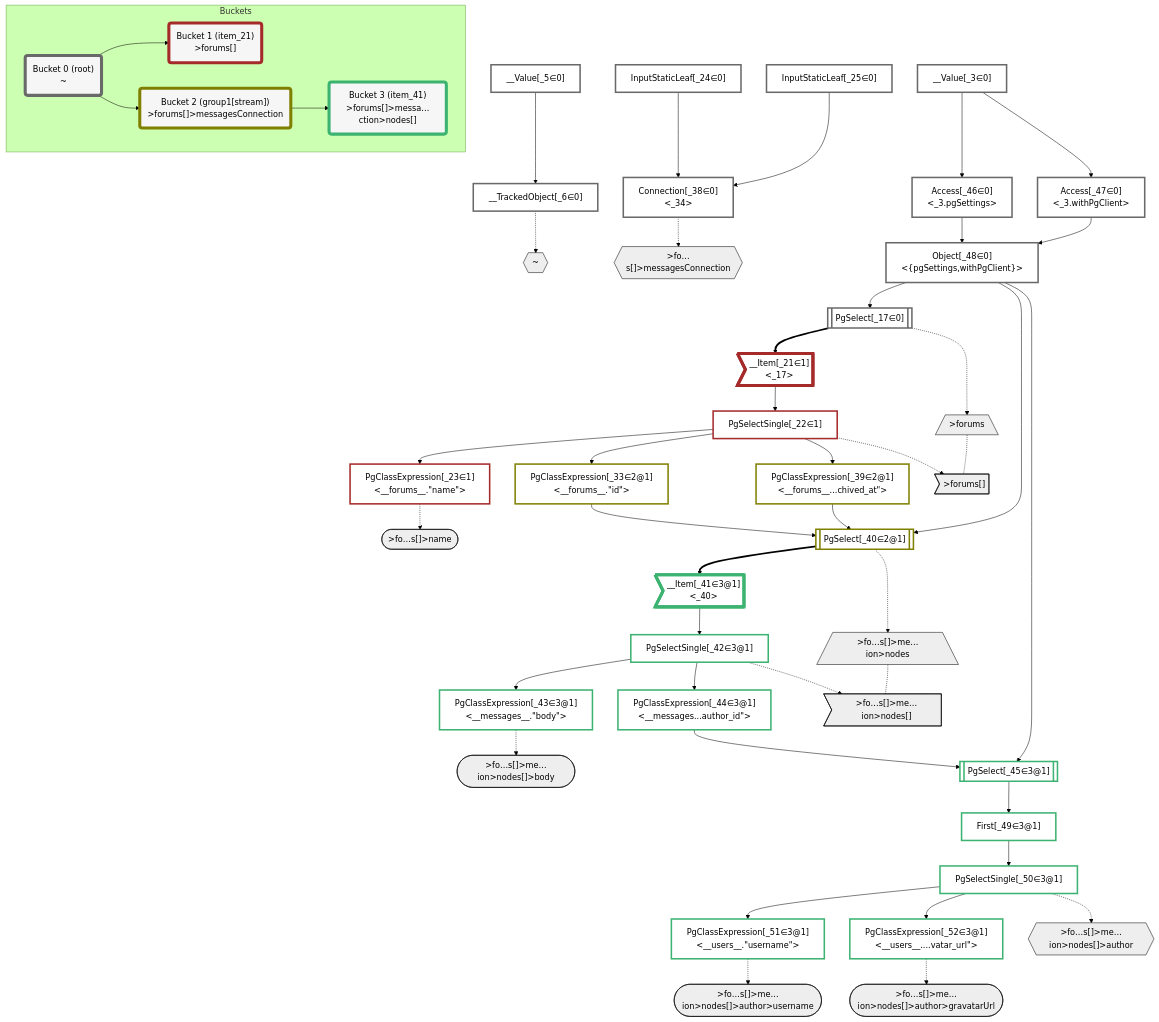
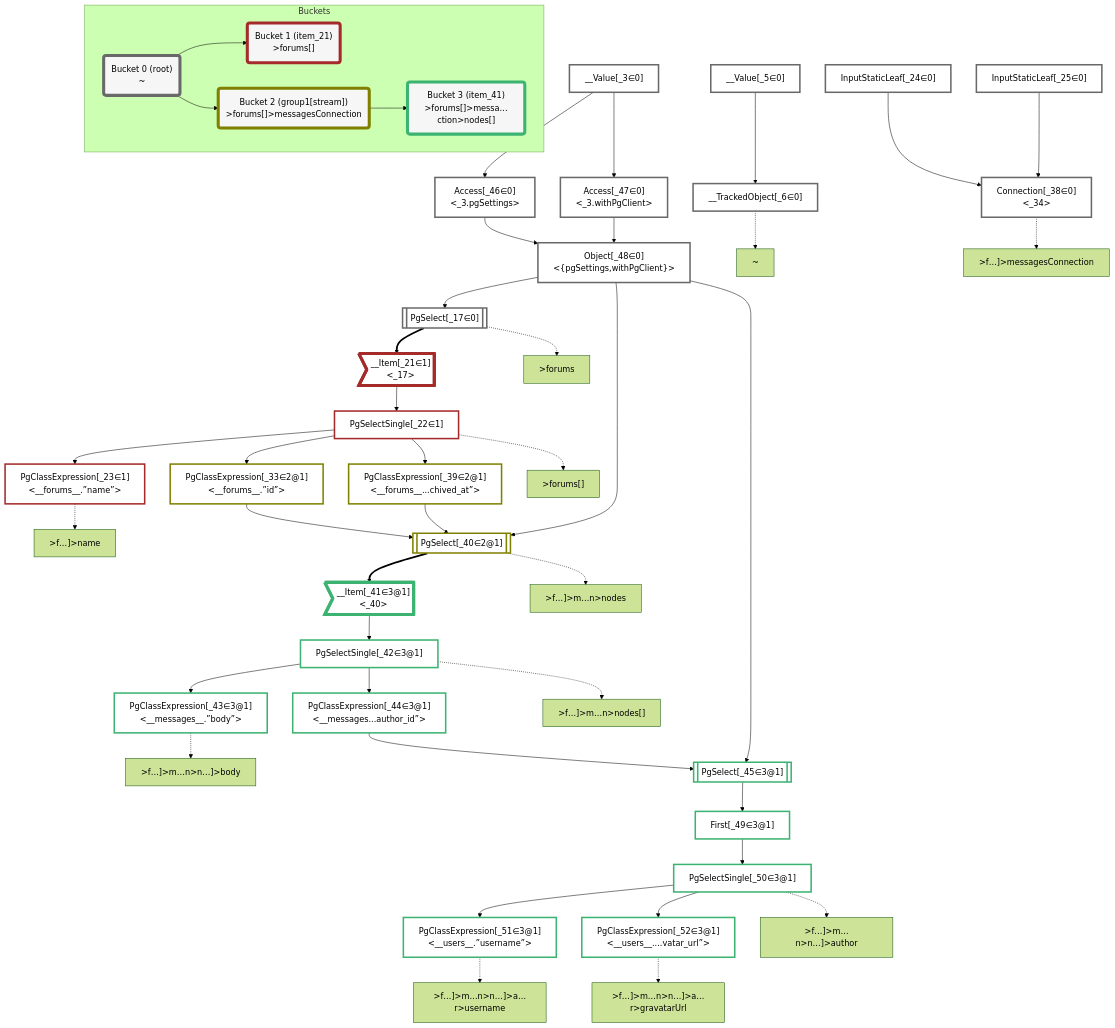
One commit to graphile/crystal changed the diagram in packages/dataplan-pg/__tests__/queries/conditions/archived-forum-inherited-messages.stream-3.deopt.mermaid.md. Above: the diagram before and after it, drawn with Mermaid (forest theme). The commit also changed 195 other files, not shown here.

```diff
--- a/packages/dataplan-pg/__tests__/queries/conditions/archived-forum-inherited-messages.stream-3.deopt.mermaid.md
+++ b/packages/dataplan-pg/__tests__/queries/conditions/archived-forum-inherited-messages.stream-3.deopt.mermaid.md
@@ -6,29 +6,6 @@
     classDef sideeffectplan fill:#f00,stroke-width:6px,color:#000
     classDef bucket fill:#f6f6f6,color:#000,stroke-width:6px
 
-    %% subgraph fields
-    P1{{"~"}}:::path
-    P2[/">forums"\]:::path
-    P3>">forums[]"]:::path
-    P2 -.- P3
-    P4([">fo…s[]>name"]):::path
-    %% P3 -.-> P4
-    P5{{">fo…s[]>messagesConnection"}}:::path
-    P6[/">fo…s[]>me…ion>nodes"\]:::path
-    P7>">fo…s[]>me…ion>nodes[]"]:::path
-    P6 -.- P7
-    P8([">fo…s[]>me…ion>nodes[]>body"]):::path
-    %% P7 -.-> P8
-    P9{{">fo…s[]>me…ion>nodes[]>author"}}:::path
-    P10([">fo…s[]>me…ion>nodes[]>author>username"]):::path
-    %% P9 -.-> P10
-    P11([">fo…s[]>me…ion>nodes[]>author>gravatarUrl"]):::path
-    %% P9 -.-> P11
-    %% P7 -.-> P9
-    %% P5 -.-> P6
-    %% P3 -.-> P5
-    %% P1 -.-> P2
-    %% end
 
     %% define plans
     __Value_3["__Value[_3∈0]<br /><context>"]:::plan
@@ -37,25 +14,25 @@
     PgSelect_17[["PgSelect[_17∈0]<br /><forums>"]]:::plan
     __Item_21>"__Item[_21∈1]<br /><_17>"]:::itemplan
     PgSelectSingle_22["PgSelectSingle[_22∈1]<br /><forums>"]:::plan
-    PgClassExpression_23["PgClassExpression[_23∈1]<br /><__forums__.#quot;name#quot;>"]:::plan
+    PgClassExpression_23["PgClassExpression[_23∈1]<br /><__forums__.”name”>"]:::plan
     InputStaticLeaf_24["InputStaticLeaf[_24∈0]"]:::plan
     InputStaticLeaf_25["InputStaticLeaf[_25∈0]"]:::plan
-    PgClassExpression_33["PgClassExpression[_33∈2@1]<br /><__forums__.#quot;id#quot;>"]:::plan
+    PgClassExpression_33["PgClassExpression[_33∈2@1]<br /><__forums__.”id”>"]:::plan
     Connection_38["Connection[_38∈0]<br /><_34>"]:::plan
-    PgClassExpression_39["PgClassExpression[_39∈2@1]<br /><__forums__...chived_at#quot;>"]:::plan
+    PgClassExpression_39["PgClassExpression[_39∈2@1]<br /><__forums__...chived_at”>"]:::plan
     PgSelect_40[["PgSelect[_40∈2@1]<br /><messages>"]]:::plan
     __Item_41>"__Item[_41∈3@1]<br /><_40>"]:::itemplan
     PgSelectSingle_42["PgSelectSingle[_42∈3@1]<br /><messages>"]:::plan
-    PgClassExpression_43["PgClassExpression[_43∈3@1]<br /><__messages__.#quot;body#quot;>"]:::plan
-    PgClassExpression_44["PgClassExpression[_44∈3@1]<br /><__messages...author_id#quot;>"]:::plan
+    PgClassExpression_43["PgClassExpression[_43∈3@1]<br /><__messages__.”body”>"]:::plan
+    PgClassExpression_44["PgClassExpression[_44∈3@1]<br /><__messages...author_id”>"]:::plan
     PgSelect_45[["PgSelect[_45∈3@1]<br /><users>"]]:::plan
     Access_46["Access[_46∈0]<br /><_3.pgSettings>"]:::plan
     Access_47["Access[_47∈0]<br /><_3.withPgClient>"]:::plan
     Object_48["Object[_48∈0]<br /><{pgSettings,withPgClient}>"]:::plan
     First_49["First[_49∈3@1]"]:::plan
     PgSelectSingle_50["PgSelectSingle[_50∈3@1]<br /><users>"]:::plan
-    PgClassExpression_51["PgClassExpression[_51∈3@1]<br /><__users__.#quot;username#quot;>"]:::plan
-    PgClassExpression_52["PgClassExpression[_52∈3@1]<br /><__users__....vatar_url#quot;>"]:::plan
+    PgClassExpression_51["PgClassExpression[_51∈3@1]<br /><__users__.”username”>"]:::plan
+    PgClassExpression_52["PgClassExpression[_52∈3@1]<br /><__users__....vatar_url”>"]:::plan
 
     %% plan dependencies
     __Value_5 --> __TrackedObject_6
@@ -86,16 +63,27 @@
     PgSelectSingle_50 --> PgClassExpression_52
 
     %% plan-to-path relationships
+    P1["~"]
     __TrackedObject_6 -.-> P1
+    P2[">forums"]
     PgSelect_17 -.-> P2
+    P3[">forums[]"]
     PgSelectSingle_22 -.-> P3
+    P4[">f…]>name"]
     PgClassExpression_23 -.-> P4
+    P5[">f…]>messagesConnection"]
     Connection_38 -.-> P5
+    P6[">f…]>m…n>nodes"]
     PgSelect_40 -.-> P6
+    P7[">f…]>m…n>nodes[]"]
     PgSelectSingle_42 -.-> P7
+    P8[">f…]>m…n>n…]>body"]
     PgClassExpression_43 -.-> P8
+    P9[">f…]>m…n>n…]>author"]
     PgSelectSingle_50 -.-> P9
+    P10[">f…]>m…n>n…]>a…r>username"]
     PgClassExpression_51 -.-> P10
+    P11[">f…]>m…n>n…]>a…r>gravatarUrl"]
     PgClassExpression_52 -.-> P11
 
     %% allocate buckets
```
